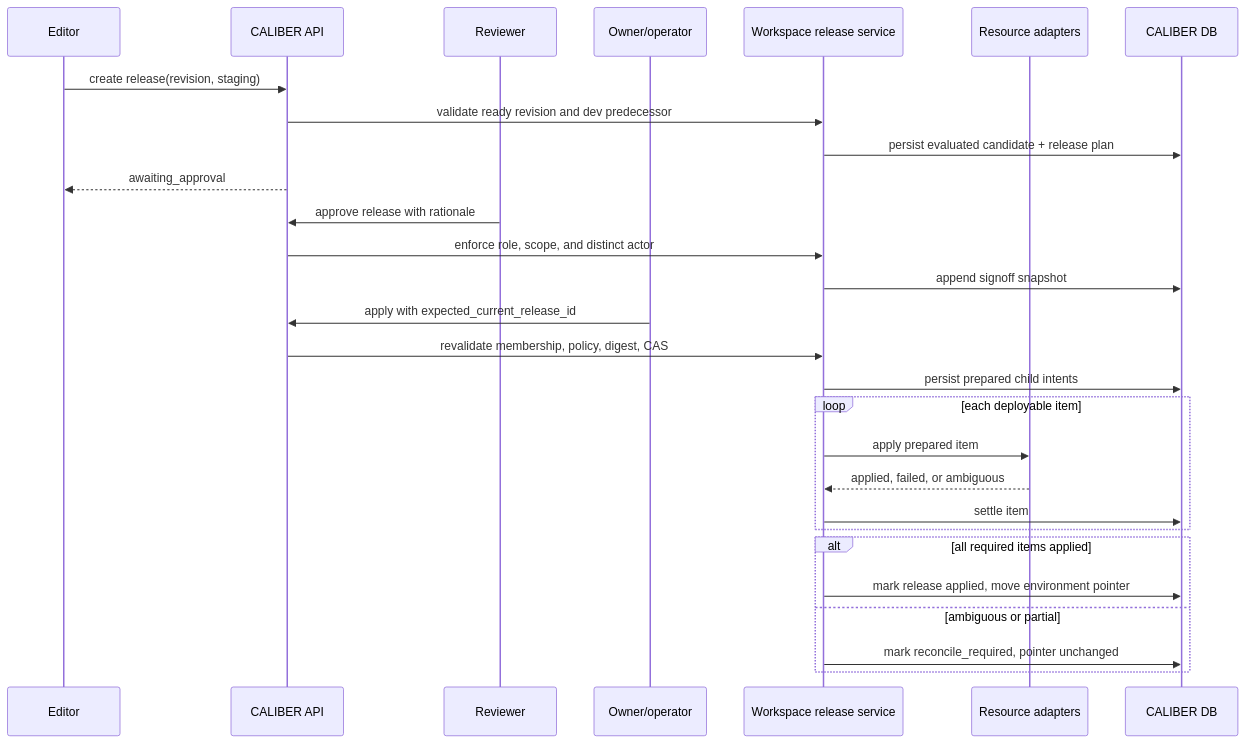
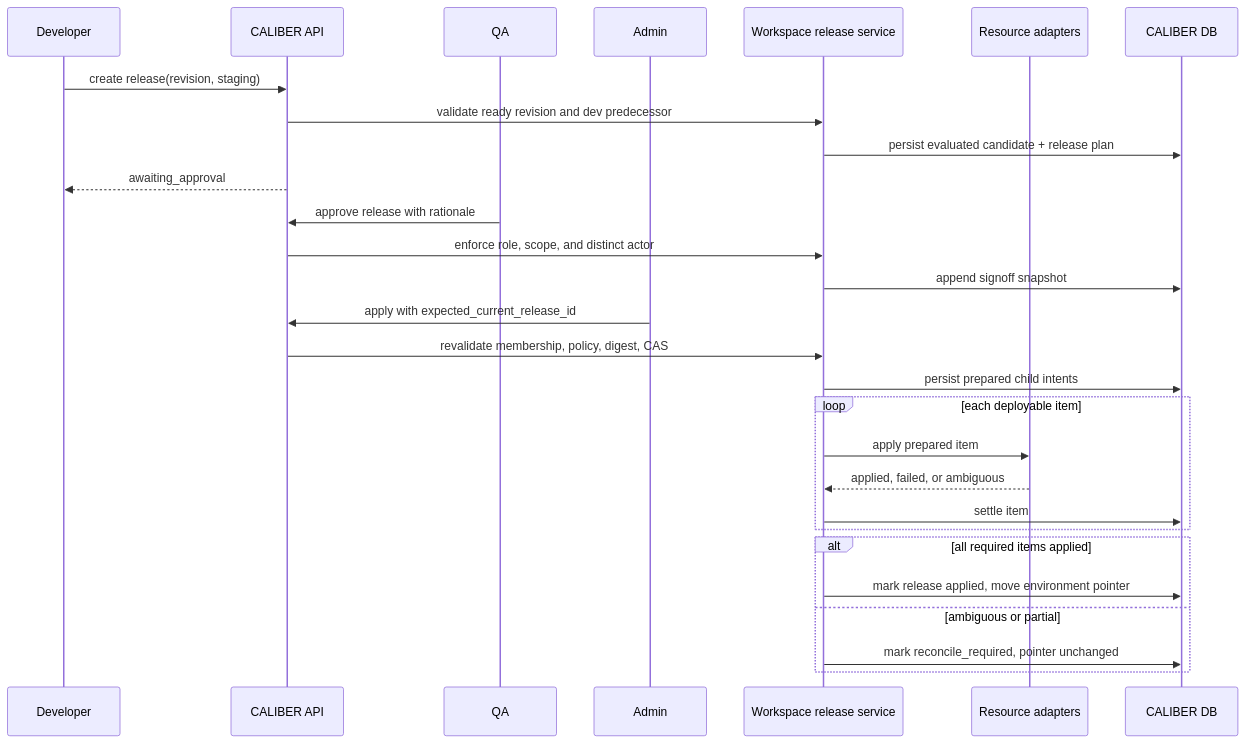
One commit to rrahimi-uci/caliber-suite changed the eighth of 10 diagrams in docs/workspace-plan.md. Above: the diagram before and after it, drawn with Mermaid. The commit also changed other lines of this file and 3 other files, not shown here.

````diff
--- a/docs/workspace-plan.md
+++ b/docs/workspace-plan.md
@@ -1551,31 +1274,31 @@
 ```mermaid
 sequenceDiagram
-    participant E as Editor
+    participant E as Developer
     participant API as CALIBER API
-    participant R as Reviewer
-    participant O as Owner/operator
+    participant R as QA
+    participant O as Admin
     participant RS as Workspace release service
     participant A as Resource adapters
     participant DB as CALIBER DB
 
     E->>API: create release(revision, staging)
     API->>RS: validate ready revision and dev predecessor
     RS->>DB: persist evaluated candidate + release plan
     API-->>E: awaiting_approval
     R->>API: approve release with rationale
     API->>RS: enforce role, scope, and distinct actor
     RS->>DB: append signoff snapshot
     O->>API: apply with expected_current_release_id
     API->>RS: revalidate membership, policy, digest, CAS
     RS->>DB: persist prepared child intents
     loop each deployable item
         RS->>A: apply prepared item
         A-->>RS: applied, failed, or ambiguous
         RS->>DB: settle item
     end
     alt all required items applied
         RS->>DB: mark release applied, move environment pointer
     else ambiguous or partial
         RS->>DB: mark reconcile_required, pointer unchanged
     end
 ```
````
